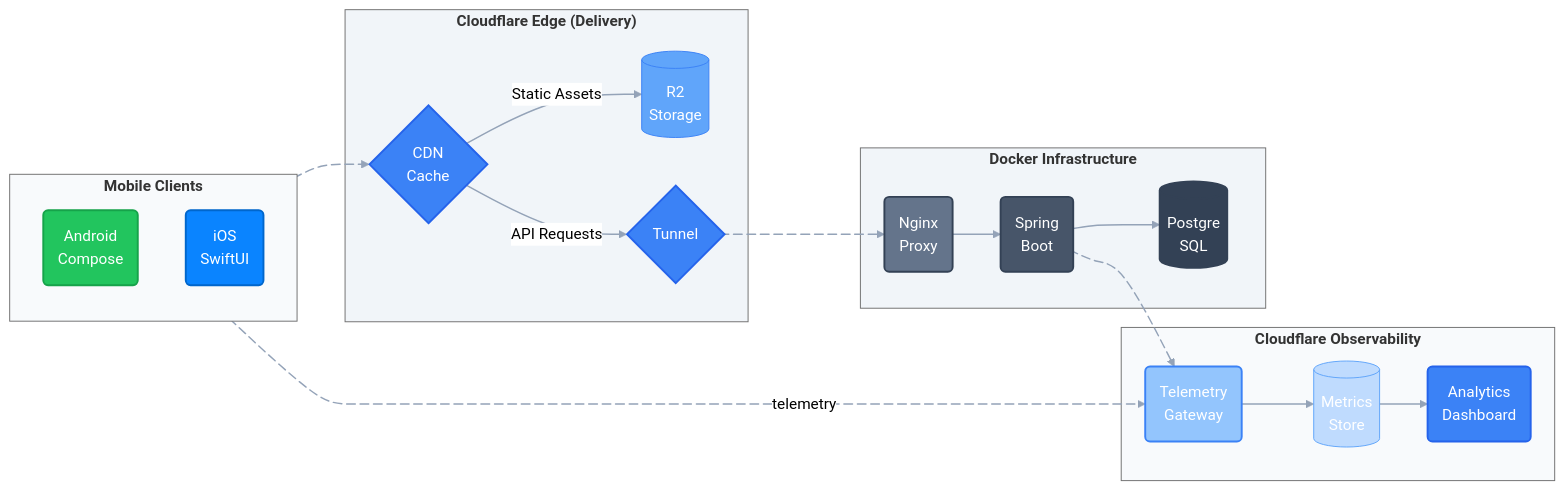
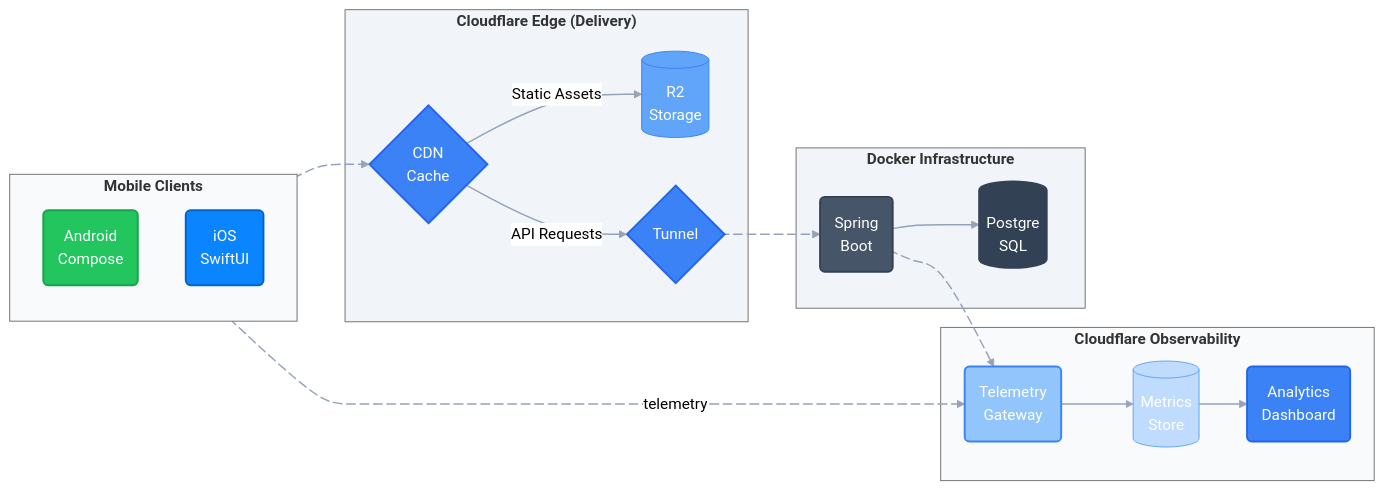
The diagram in README.md (susui888/susui888), drawn with Mermaid (neutral theme) before and after one commit.

Commit message:
Comment out Nginx proxy in system architecture diagram

````diff
--- a/README.md
+++ b/README.md
@@ -19,5 +19,5 @@
 ```mermaid
-flowchart LR
+ flowchart LR
 
                 subgraph Clients ["`**Mobile Clients**`"]
                 A(Android<br>Compose)
@@ -37,7 +37,7 @@
                 end
 
                 subgraph Docker ["`**Docker Infrastructure**`"]
-                D(Nginx<br>Proxy)
+                %%D(Nginx<br>Proxy)
                 E(Spring<br>Boot)
                 H[(Postgre<br>SQL)]
                 end
@@ -51,8 +51,8 @@
                 G1 -- "Static Assets" --> R2
                 G1 -- "API Requests" --> C
 
-                C e3@--> D
-                D --> E
+                C e3@--> E
+                %%D --> E
                 E --> H
 
                 %% Observability (clean separation)
@@ -104,7 +104,7 @@
                 %% Nginx + Spring + PostgreSQL = ONE SYSTEM
                 %% =========================
 
-                style D fill:#64748b,stroke:#334155,stroke-width:2px,color:#fff
+                %%style D fill:#64748b,stroke:#334155,stroke-width:2px,color:#fff
                 style E fill:#475569,stroke:#334155,stroke-width:2px,color:#fff
                 style H fill:#334155,stroke:#334155,stroke-width:2px,color:#fff
 
````
